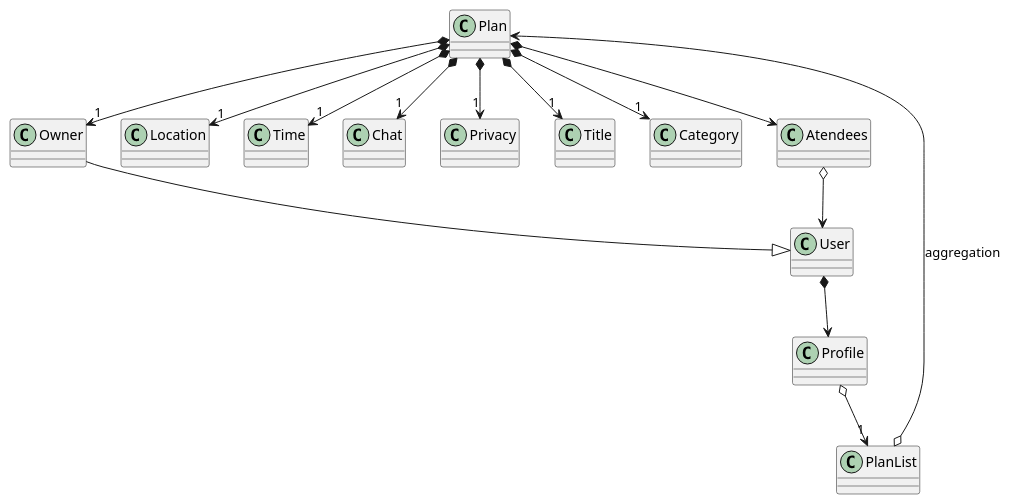
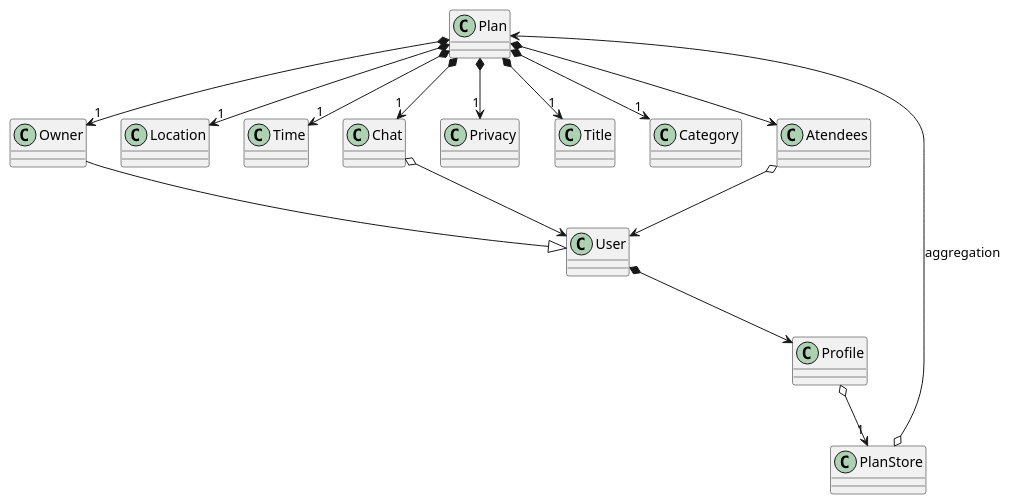
The diagram in docs/domain-model.puml (colasin16/pop-up-plan), drawn with PlantUML before and after one commit. The commit also changed 1 other file, not shown here.

```diff
--- a/docs/domain-model.puml
+++ b/docs/domain-model.puml
@@ -1,24 +1,25 @@
 @startuml
 
 class Plan
 class User
 class Profile
 
-PlanList o--> Plan : aggregation
+PlanStore o--> Plan : aggregation
 
 Owner --|> User
 Plan *--> "1" Owner
 Plan *--> "1" Location
 Plan *--> "1" Time
 Plan *--> "1" Chat
 Plan *--> "1" Privacy
 Plan *--> "1" Title
 Plan *--> "1" Category
 Plan *--> Atendees
 
 Atendees o--> User
+Chat o--> User
 User *--> Profile
-Profile o--> "1" PlanList
+Profile o--> "1" PlanStore
 
 
 @enduml
```
